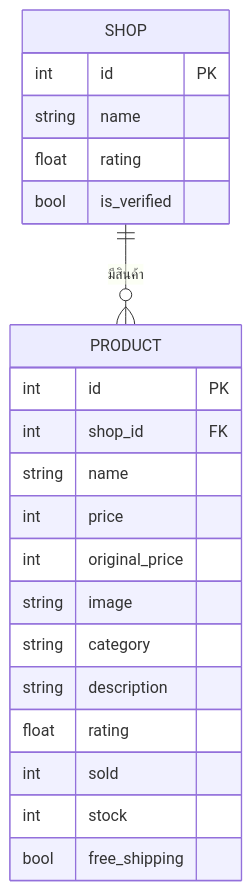
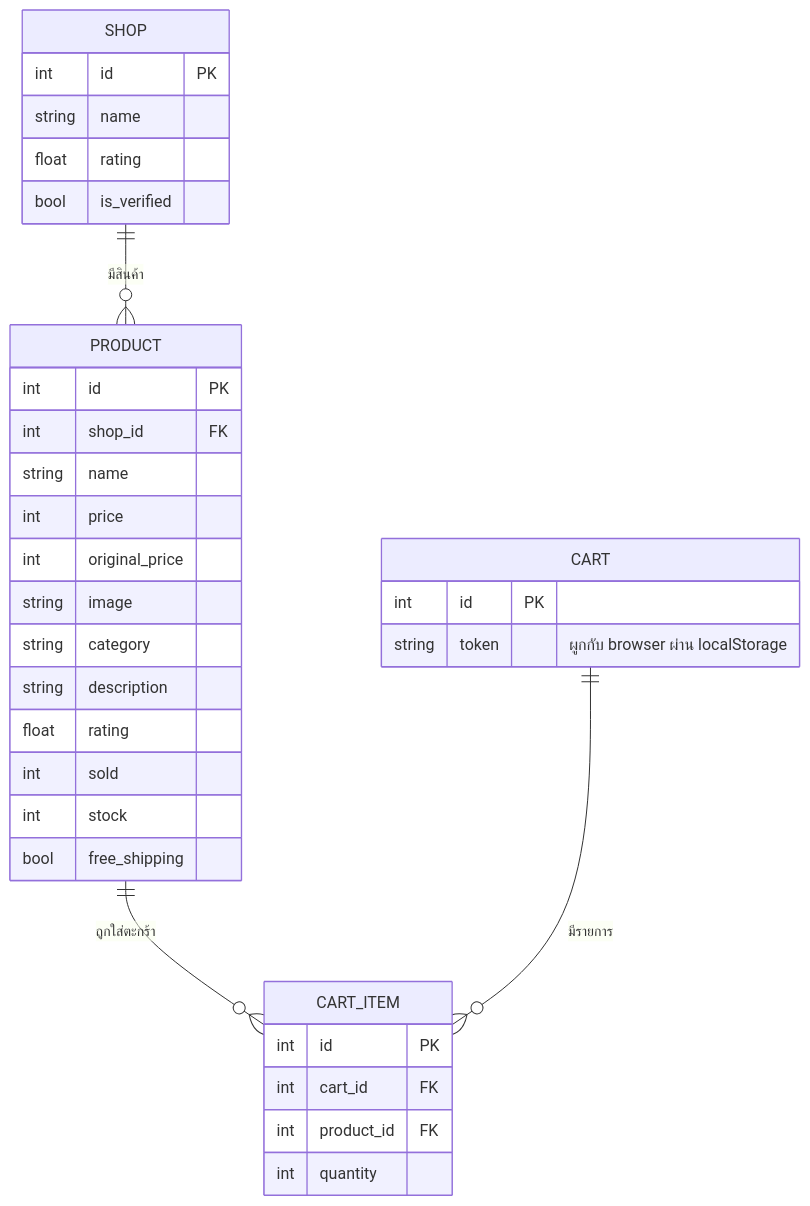
Before and after one commit to 67160209-Jilayu/web_ecommerce: the diagram in docs/er-diagram.md, drawn with Mermaid. The commit also changed other lines of this file, not shown here.

Commit message:
update er-diagram

````diff
--- a/docs/er-diagram.md
+++ b/docs/er-diagram.md
@@ -7,26 +8,40 @@
 ```mermaid
 erDiagram
     SHOP ||--o{ PRODUCT : "มีสินค้า"
+    PRODUCT ||--o{ CART_ITEM : "ถูกใส่ตะกร้า"
+    CART ||--o{ CART_ITEM : "มีรายการ"
 
     SHOP {
         int id PK
         string name
         float rating
         bool is_verified
     }
 
     PRODUCT {
         int id PK
         int shop_id FK
         string name
         int price
         int original_price
         string image
         string category
         string description
         float rating
         int sold
         int stock
         bool free_shipping
     }
+
+    CART {
+        int id PK
+        string token "ผูกกับ browser ผ่าน localStorage"
+    }
+
+    CART_ITEM {
+        int id PK
+        int cart_id FK
+        int product_id FK
+        int quantity
+    }
 ```
````
